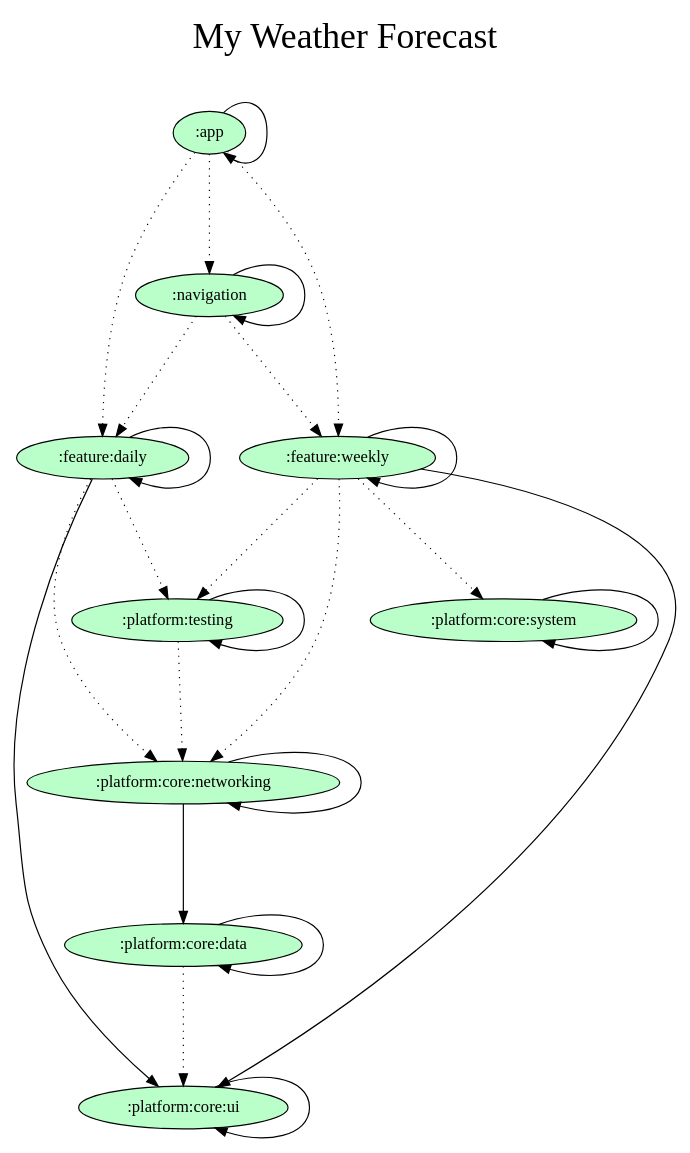
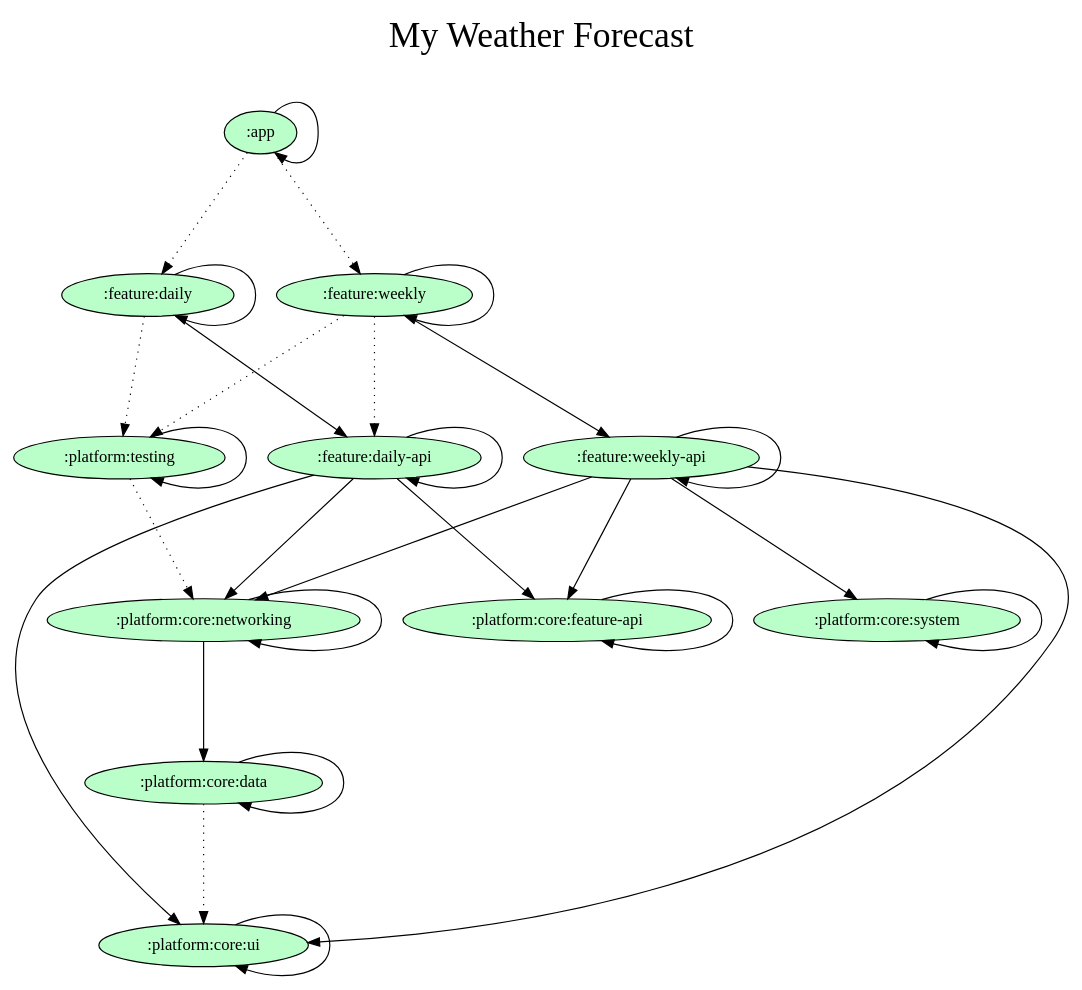
Before and after one commit to orogersilva/myweatherforecast: the diagram in gradle/dependency-graph/project.dot, drawn with Graphviz. The commit also changed 1 other file, not shown here.

Commit message:
docs: Updating dependency graph

```diff
--- a/gradle/dependency-graph/project.dot
+++ b/gradle/dependency-graph/project.dot
@@ -1,46 +1,52 @@
 digraph {
   graph [label="My Weather Forecast\n ",labelloc=t,fontsize=30,ranksep=1.4];
   node [style=filled, fillcolor="#bbbbbb"];
   rankdir=TB;
 
   # Projects
 
   ":app" [fillcolor="#baffc9"];
   ":feature:daily" [fillcolor="#baffc9"];
+  ":feature:daily-api" [fillcolor="#baffc9"];
   ":feature:weekly" [fillcolor="#baffc9"];
-  ":navigation" [fillcolor="#baffc9"];
+  ":feature:weekly-api" [fillcolor="#baffc9"];
   ":platform:core:data" [fillcolor="#baffc9"];
+  ":platform:core:feature-api" [fillcolor="#baffc9"];
   ":platform:core:networking" [fillcolor="#baffc9"];
   ":platform:core:system" [fillcolor="#baffc9"];
   ":platform:core:ui" [fillcolor="#baffc9"];
   ":platform:testing" [fillcolor="#baffc9"];
 
   {rank = same;}
 
   # Dependencies
 
   ":app" -> ":app"
   ":app" -> ":feature:daily" [style=dotted]
   ":app" -> ":feature:weekly" [style=dotted]
-  ":app" -> ":navigation" [style=dotted]
-  ":navigation" -> ":navigation"
-  ":navigation" -> ":feature:daily" [style=dotted]
-  ":navigation" -> ":feature:weekly" [style=dotted]
-  ":feature:daily" -> ":platform:core:ui"
+  ":feature:daily" -> ":platform:testing" [style=dotted, style=dotted]
+  ":feature:daily" -> ":feature:daily-api"
   ":feature:daily" -> ":feature:daily"
-  ":feature:daily" -> ":platform:core:networking" [style=dotted]
-  ":feature:daily" -> ":platform:testing" [style=dotted]
-  ":feature:weekly" -> ":platform:core:ui"
+  ":feature:daily-api" -> ":platform:core:feature-api"
+  ":feature:daily-api" -> ":platform:core:networking"
+  ":feature:daily-api" -> ":platform:core:ui"
+  ":feature:daily-api" -> ":feature:daily-api"
+  ":feature:weekly" -> ":platform:testing" [style=dotted, style=dotted]
+  ":feature:weekly" -> ":feature:weekly-api"
   ":feature:weekly" -> ":feature:weekly"
-  ":feature:weekly" -> ":platform:core:networking" [style=dotted]
-  ":feature:weekly" -> ":platform:core:system" [style=dotted]
-  ":feature:weekly" -> ":platform:testing" [style=dotted]
+  ":feature:weekly" -> ":feature:daily-api" [style=dotted]
+  ":feature:weekly-api" -> ":platform:core:feature-api"
+  ":feature:weekly-api" -> ":platform:core:networking"
+  ":feature:weekly-api" -> ":platform:core:system"
+  ":feature:weekly-api" -> ":platform:core:ui"
+  ":feature:weekly-api" -> ":feature:weekly-api"
   ":platform:testing" -> ":platform:testing"
   ":platform:testing" -> ":platform:core:networking" [style=dotted]
   ":platform:core:data" -> ":platform:core:data"
   ":platform:core:data" -> ":platform:core:ui" [style=dotted]
+  ":platform:core:feature-api" -> ":platform:core:feature-api"
   ":platform:core:networking" -> ":platform:core:data"
   ":platform:core:networking" -> ":platform:core:networking"
   ":platform:core:system" -> ":platform:core:system"
   ":platform:core:ui" -> ":platform:core:ui"
 }
```
